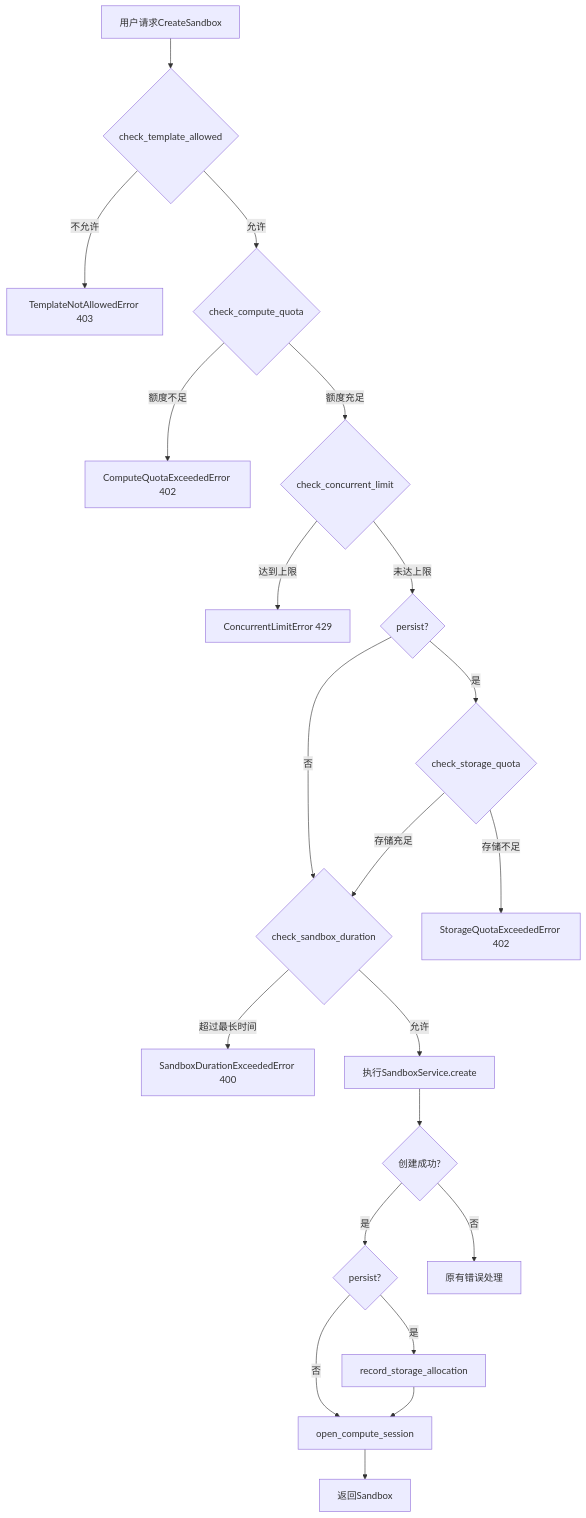
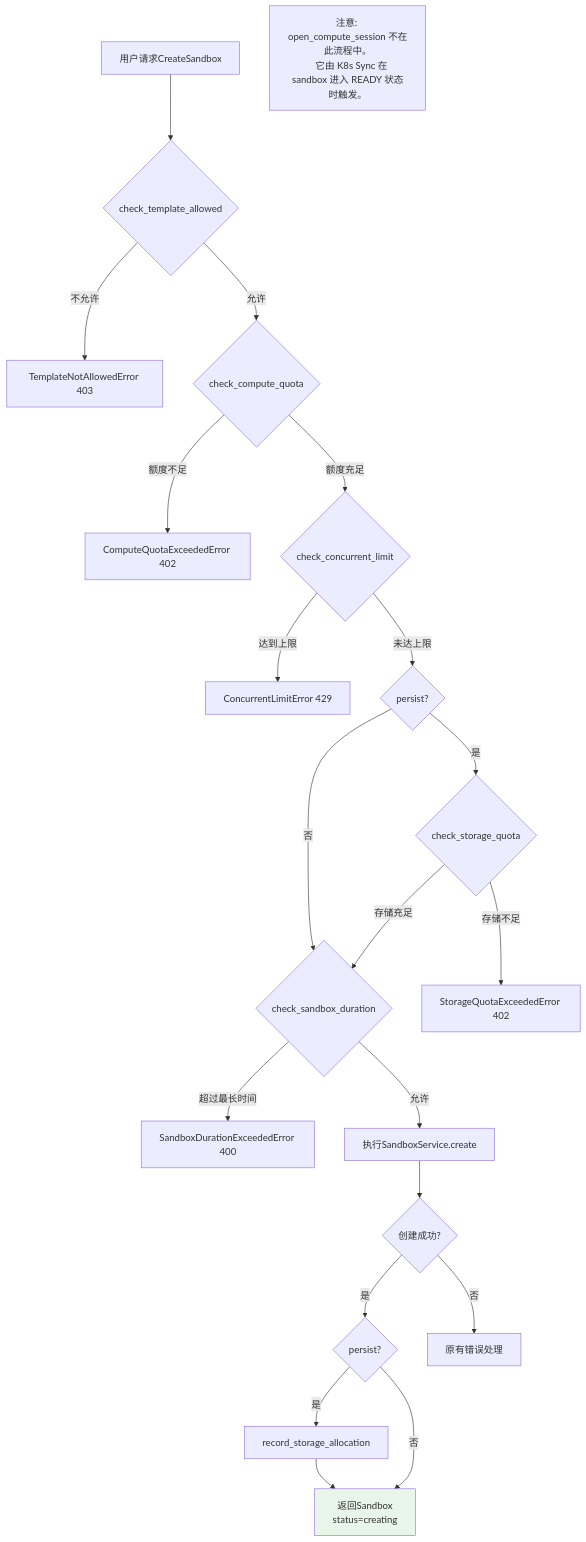
Before and after one commit to earayu/treadstone: the first of 2 diagrams in docs/zh-CN/design/2026-03-26-metering-enforcement.md, drawn with Mermaid. The commit also changed other lines of this file and 6 other files, not shown here.

````diff
--- a/docs/zh-CN/design/2026-03-26-metering-enforcement.md
+++ b/docs/zh-CN/design/2026-03-26-metering-enforcement.md
@@ -40,23 +40,26 @@
 ```mermaid
 flowchart TD
     A[用户请求CreateSandbox] --> B{check_template_allowed}
     B -->|不允许| B_ERR[TemplateNotAllowedError 403]
     B -->|允许| C{check_compute_quota}
     C -->|额度不足| C_ERR[ComputeQuotaExceededError 402]
     C -->|额度充足| D{check_concurrent_limit}
     D -->|达到上限| D_ERR[ConcurrentLimitError 429]
     D -->|未达上限| E{persist?}
     E -->|否| G{check_sandbox_duration}
     E -->|是| F{check_storage_quota}
     F -->|存储不足| F_ERR[StorageQuotaExceededError 402]
     F -->|存储充足| G
     G -->|超过最长时间| G_ERR[SandboxDurationExceededError 400]
     G -->|允许| H[执行SandboxService.create]
     H --> I{创建成功?}
     I -->|是| J{persist?}
     J -->|是| K[record_storage_allocation]
-    J -->|否| L[open_compute_session]
-    K --> L
-    L --> M[返回Sandbox]
+    K --> M[返回Sandbox<br/>status=creating]
+    J -->|否| M
     I -->|否| N[原有错误处理]
+
+    style M fill:#e8f5e9
+    note1["注意: open_compute_session 不在此流程中。
+    它由 K8s Sync 在 sandbox 进入 READY 状态时触发。"]
 ```
````
